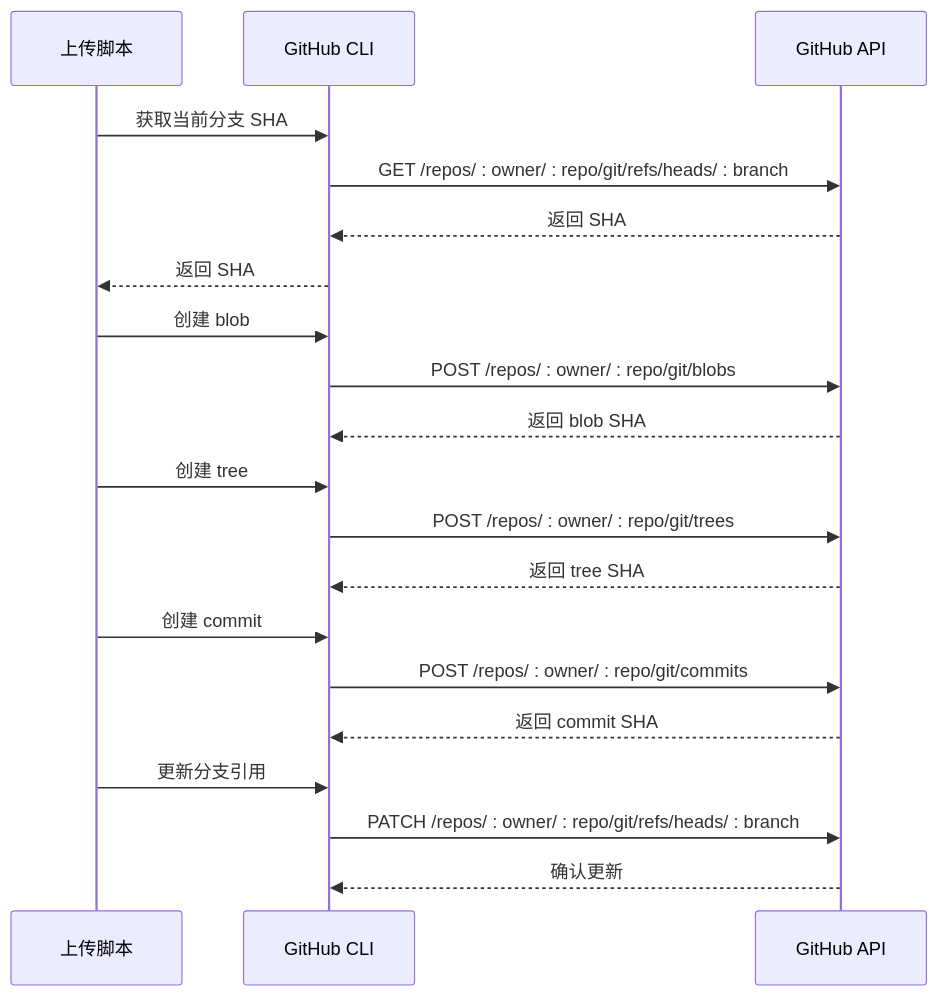
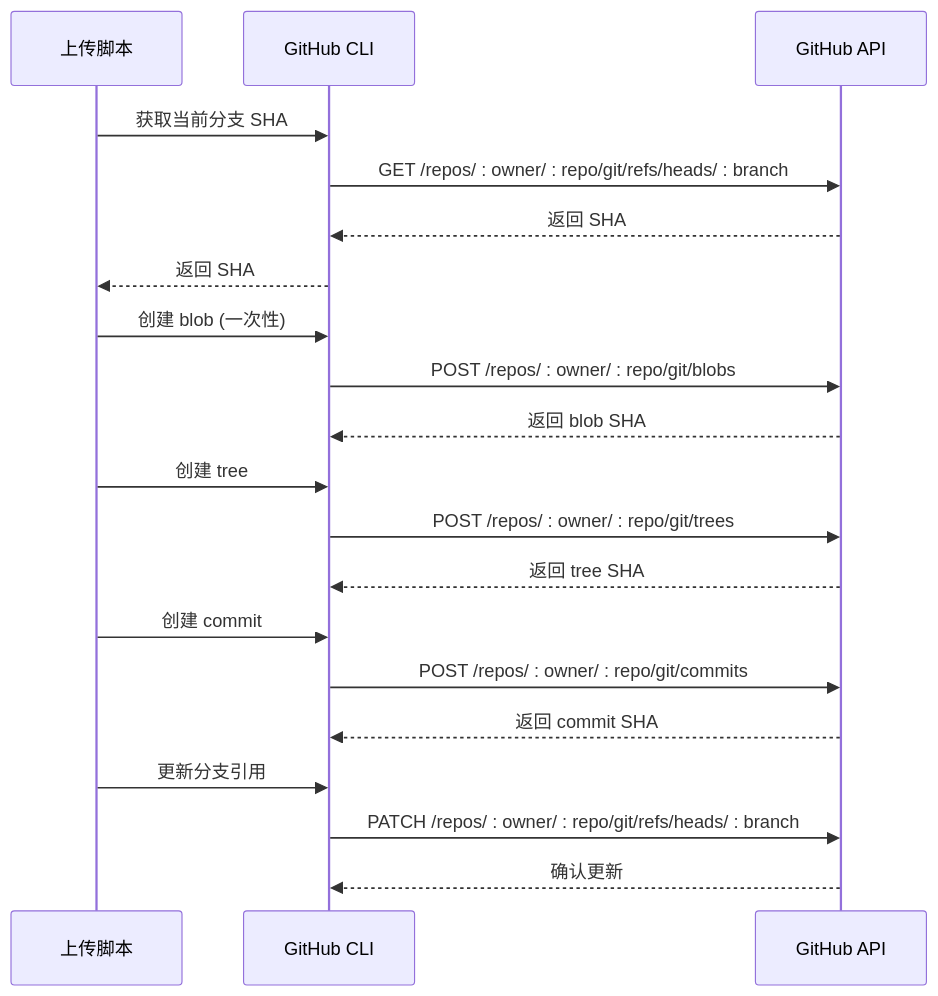
One commit to NTLx/ntlx.github.io changed the seventh of 12 diagrams in .qoder/repowiki/zh/content/AI 技能系统/发布自动化技能/GitHub 图片托管技能.md. Above: the diagram before and after it, drawn with Mermaid. The commit also changed other lines of this file and 10 other files, not shown here.

````diff
--- a/.qoder/repowiki/zh/content/AI 技能系统/发布自动化技能/GitHub 图片托管技能.md
+++ b/.qoder/repowiki/zh/content/AI 技能系统/发布自动化技能/GitHub 图片托管技能.md
@@ -238,22 +279,22 @@
 ```mermaid
 sequenceDiagram
 participant Script as 上传脚本
 participant GH as GitHub CLI
 participant API as GitHub API
 Script->>GH : 获取当前分支 SHA
 GH->>API : GET /repos/ : owner/ : repo/git/refs/heads/ : branch
 API-->>GH : 返回 SHA
 GH-->>Script : 返回 SHA
-Script->>GH : 创建 blob
+Script->>GH : 创建 blob (一次性)
 GH->>API : POST /repos/ : owner/ : repo/git/blobs
 API-->>GH : 返回 blob SHA
 Script->>GH : 创建 tree
 GH->>API : POST /repos/ : owner/ : repo/git/trees
 API-->>GH : 返回 tree SHA
 Script->>GH : 创建 commit
 GH->>API : POST /repos/ : owner/ : repo/git/commits
 API-->>GH : 返回 commit SHA
 Script->>GH : 更新分支引用
 GH->>API : PATCH /repos/ : owner/ : repo/git/refs/heads/ : branch
 API-->>GH : 确认更新
 ```
````
